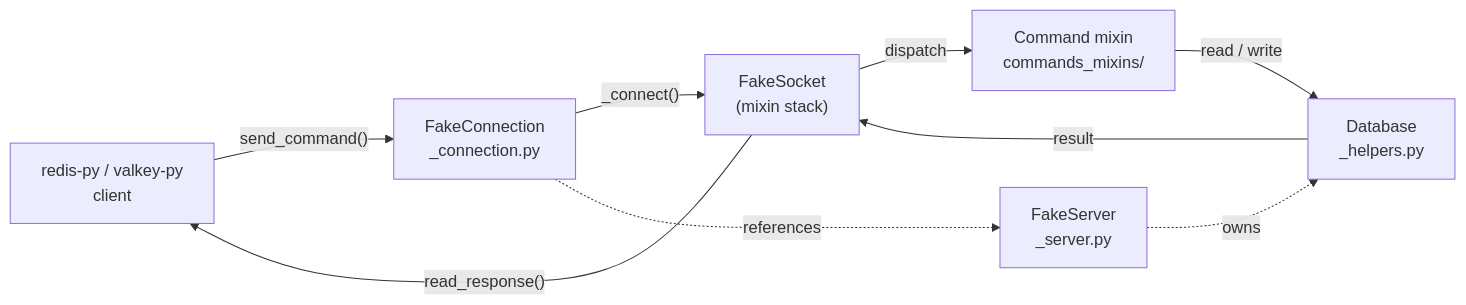
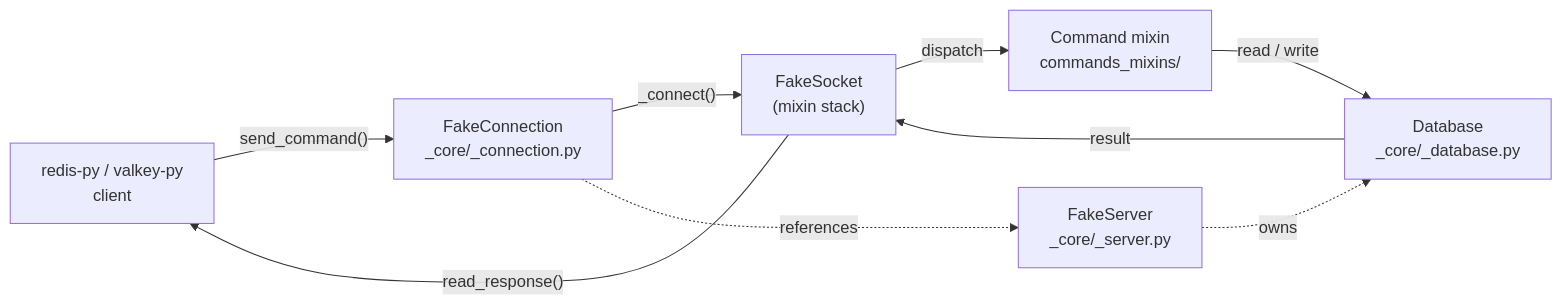
One commit to cunla/fakeredis-py changed the second of 3 diagrams in docs/index.md. Above: the diagram before and after it, drawn with Mermaid. The commit also changed 55 other files, not shown here.

Commit message:
refactor: layer the internals into fakeredis/_core, split _commands.py, and fix sync/async client divergences (#589)

````diff
--- a/docs/index.md
+++ b/docs/index.md
@@ -330,12 +330,12 @@
 ```mermaid
 flowchart LR
-    Client["redis-py / valkey-py\nclient"] -->|"send_command()"| FC["FakeConnection\n_connection.py"]
+    Client["redis-py / valkey-py\nclient"] -->|"send_command()"| FC["FakeConnection\n_core/_connection.py"]
     FC -->|"_connect()"| FS["FakeSocket\n(mixin stack)"]
     FS -->|"dispatch"| MX["Command mixin\ncommands_mixins/"]
-    MX -->|"read / write"| DB["Database\n_helpers.py"]
+    MX -->|"read / write"| DB["Database\n_core/_database.py"]
     DB -->|"result"| FS
     FS -->|"read_response()"| Client
 
-    SRV["FakeServer\n_server.py"] -. "owns" .-> DB
+    SRV["FakeServer\n_core/_server.py"] -. "owns" .-> DB
     FC -. "references" .-> SRV
 ```
````
